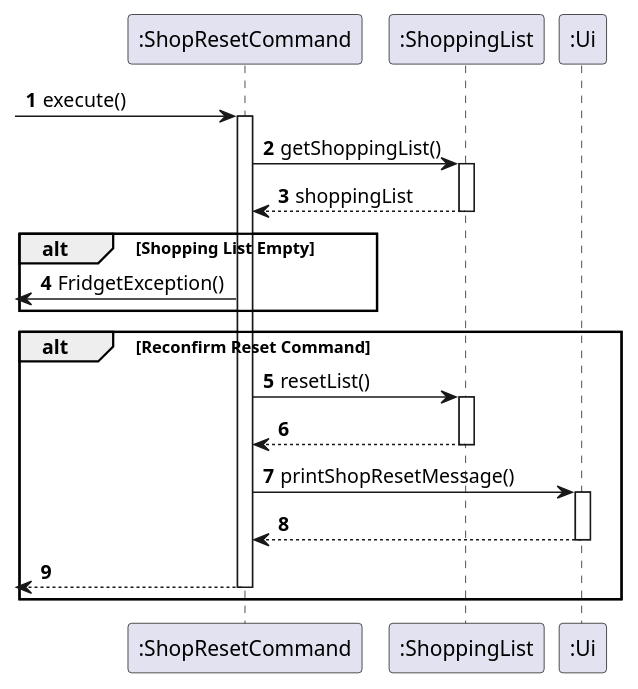
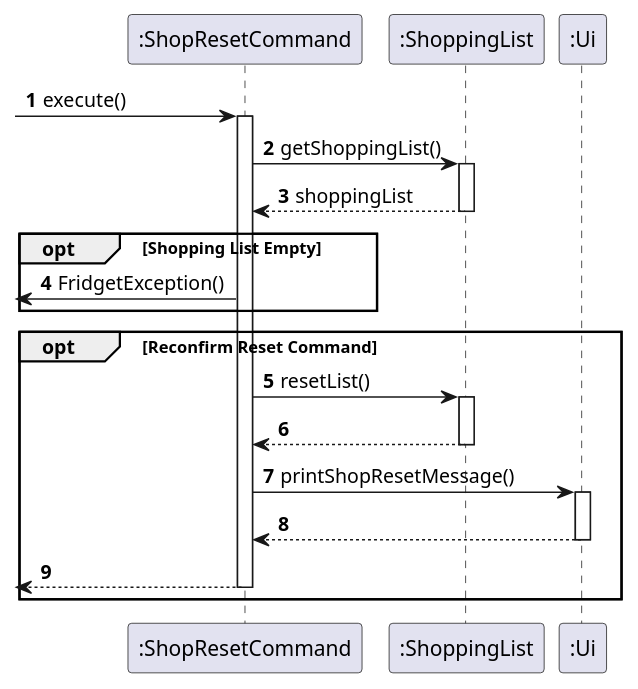
Before and after one commit to uosjapuelks/tp: the diagram in docs/umlDiagrams/ShopResetSequence.puml, drawn with PlantUML. The commit also changed 1 other file, not shown here.

Commit message:
Fix alt to opt paths in ShopReset sequence

```diff
--- a/docs/umlDiagrams/ShopResetSequence.puml
+++ b/docs/umlDiagrams/ShopResetSequence.puml
@@ -1,33 +1,33 @@
 @startuml
 'https://plantuml.com/sequence-diagram
 
 autonumber
 
 -> ":ShopResetCommand": execute()
 activate ":ShopResetCommand"
 
 ":ShopResetCommand" -> ":ShoppingList": getShoppingList()
 activate ":ShoppingList"
 ":ShopResetCommand" <-- ":ShoppingList": shoppingList
 deactivate ":ShoppingList"
 
-alt Shopping List Empty
+opt Shopping List Empty
 <- ":ShopResetCommand": FridgetException()
 end
 
-alt Reconfirm Reset Command
+opt Reconfirm Reset Command
 
     ":ShopResetCommand" -> ":ShoppingList": resetList()
     activate ":ShoppingList"
     ":ShopResetCommand" <-- ":ShoppingList":
     deactivate ":ShoppingList"
 
     ":ShopResetCommand" -> ":Ui": printShopResetMessage()
     activate ":Ui"
     ":ShopResetCommand" <-- ":Ui"
     deactivate ":Ui"
 
     <-- ":ShopResetCommand"
     deactivate ":ShopResetCommand"
 end
 @enduml
```
